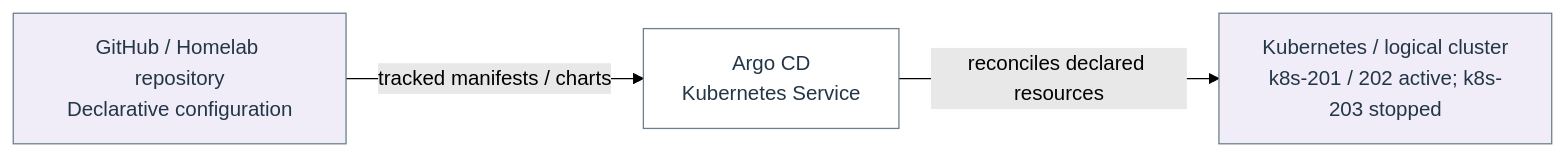
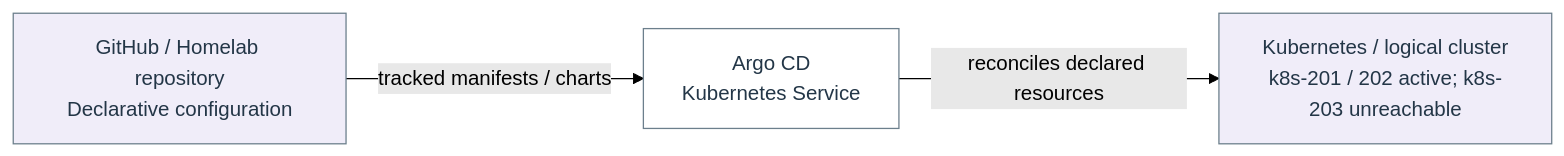
Before and after one commit to Harsh-2002/Homelab: the diagram in docs/architecture/flow-17.mmd, drawn with Mermaid (forest theme). The commit also changed 67 other files, not shown here.

```diff
--- a/docs/architecture/flow-17.mmd
+++ b/docs/architecture/flow-17.mmd
@@ -1,10 +1,10 @@
 flowchart LR
   n_flow_17_0["GitHub / Homelab repository<br/>Declarative configuration"]
   n_flow_17_1["Argo CD<br/>Kubernetes Service"]
-  n_flow_17_2["Kubernetes / logical cluster<br/>k8s-201 / 202 active; k8s-203 stopped"]
+  n_flow_17_2["Kubernetes / logical cluster<br/>k8s-201 / 202 active; k8s-203 unreachable"]
   n_flow_17_0 -->|"tracked manifests / charts"| n_flow_17_1
   n_flow_17_1 -->|"reconciles declared resources"| n_flow_17_2
   classDef c_flow_17_0 fill:#f0edf9,stroke:#6c7f8c,color:#233647;
   class n_flow_17_0,n_flow_17_2 c_flow_17_0;
   classDef c_flow_17_1 fill:#ffffff,stroke:#6c7f8c,color:#233647;
   class n_flow_17_1 c_flow_17_1;
```
